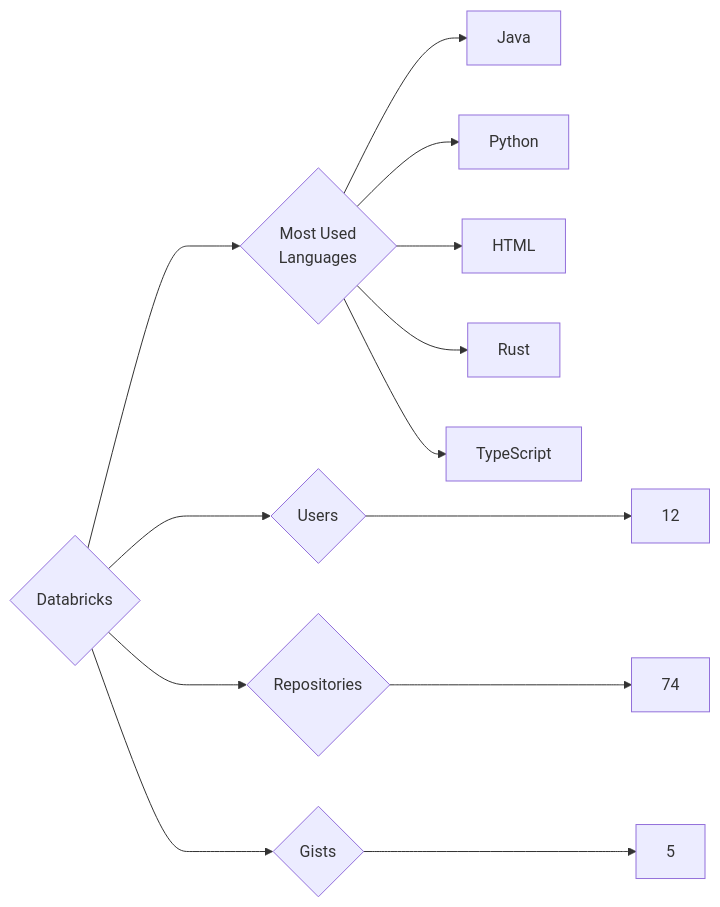
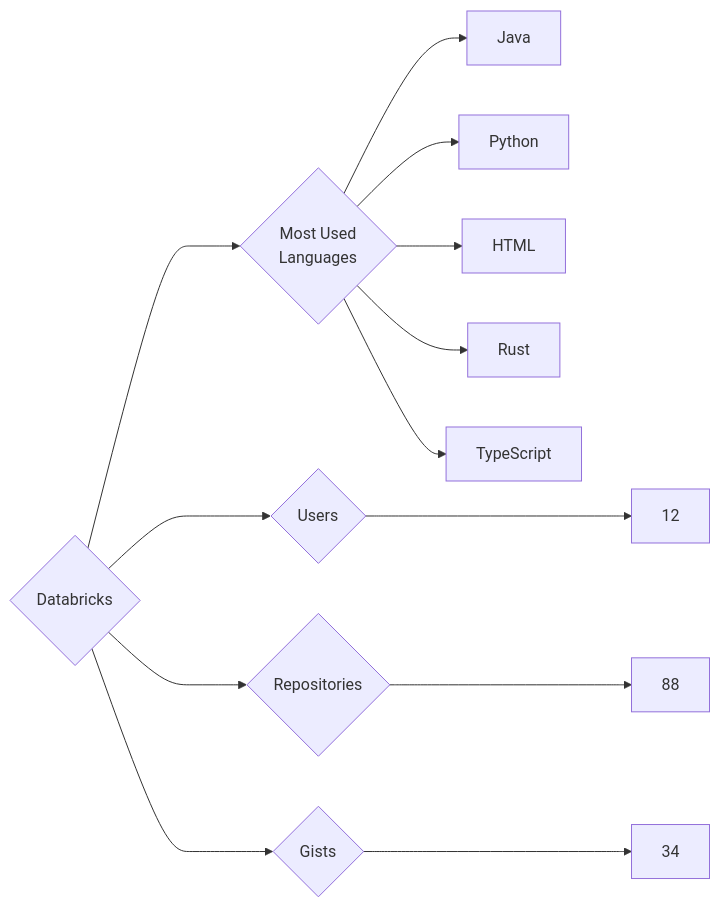
The diagram in targets/Databricks/README.md (trickest/insiders), drawn with Mermaid before and after one commit. The commit also changed 933 other files, not shown here.

````diff
--- a/targets/Databricks/README.md
+++ b/targets/Databricks/README.md
@@ -3,13 +3,13 @@
 ```mermaid
 graph LR
 COMPANY_NAME{Databricks}
 COMPANY_NAME ---> U{Users} ---> UN[12]
-COMPANY_NAME ---> R{Repositories} ---> RN[74]
-COMPANY_NAME ---> G{Gists} ---> GN[5]
+COMPANY_NAME ---> R{Repositories} ---> RN[88]
+COMPANY_NAME ---> G{Gists} ---> GN[34]
 COMPANY_NAME ---> ML{Most Used<br>Languages}
 ML --> Java[Java]
 ML --> Python[Python]
 ML --> HTML[HTML]
 ML --> Rust[Rust]
 ML --> TypeScript[TypeScript]
 ```
````
